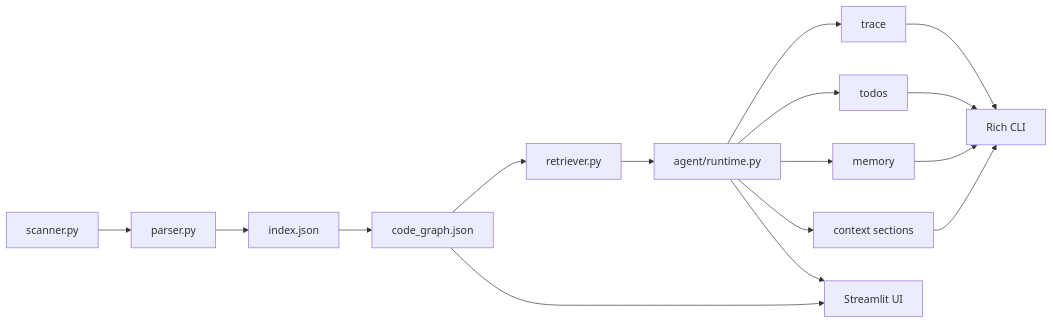
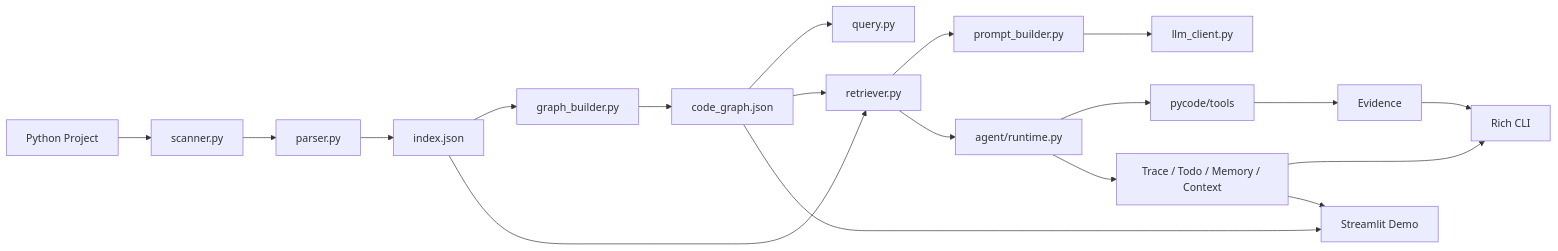
One commit to yesterre/PyCode changed the diagram in README.md. Above: the diagram before and after it, drawn with Mermaid. The commit also changed other lines of this file and 10 other files, not shown here.

````diff
--- a/README.md
+++ b/README.md
@@ -47,18 +83,21 @@
 ```mermaid
 flowchart LR
-    Scanner[scanner.py] --> Parser[parser.py]
+    Source[Python Project] --> Scanner[scanner.py]
+    Scanner --> Parser[parser.py]
     Parser --> Index[index.json]
-    Index --> Graph[code_graph.json]
+    Index --> GraphBuilder[graph_builder.py]
+    GraphBuilder --> Graph[code_graph.json]
+    Graph --> Query[query.py]
     Graph --> Retriever[retriever.py]
+    Index --> Retriever
+    Retriever --> Prompt[prompt_builder.py]
+    Prompt --> LLM[llm_client.py]
     Retriever --> Agent[agent/runtime.py]
-    Agent --> Trace[trace]
-    Agent --> Todo[todos]
-    Agent --> Memory[memory]
-    Agent --> Context[context sections]
-    Trace --> Rich[Rich CLI]
-    Todo --> Rich
-    Memory --> Rich
-    Context --> Rich
-    Graph --> Streamlit[Streamlit UI]
-    Agent --> Streamlit
+    Agent --> Tools[pycode/tools]
+    Tools --> Evidence[Evidence]
+    Agent --> Trace[Trace / Todo / Memory / Context]
+    Evidence --> Rich[Rich CLI]
+    Trace --> Rich
+    Graph --> UI[Streamlit Demo]
+    Trace --> UI
 ```
````
